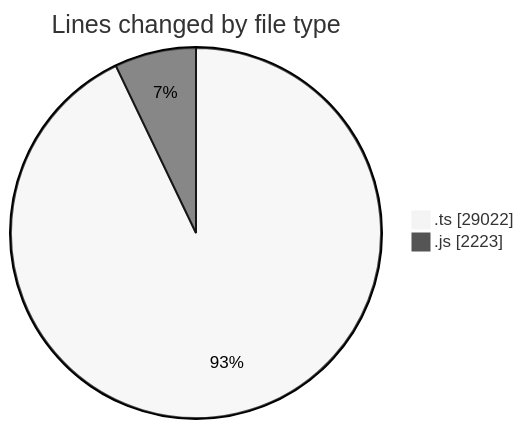
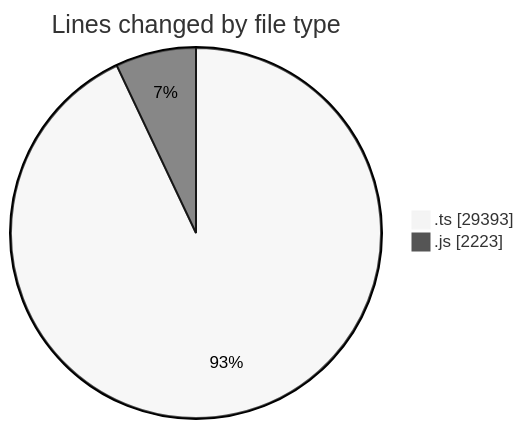
One commit to momahboobian/code-tracking changed the first of 2 diagrams in 2025-06-26/cda/README.md. Above: the diagram before and after it, drawn with Mermaid (neutral theme). The commit also changed other lines of this file and 1 other file, not shown here.

````diff
--- a/2025-06-26/cda/README.md
+++ b/2025-06-26/cda/README.md
@@ -31,6 +32,6 @@
 ```mermaid
 pie showData
 title Lines changed by file type
-".ts" : 29022
+".ts" : 29393
 ".js" : 2223
 ```
````
